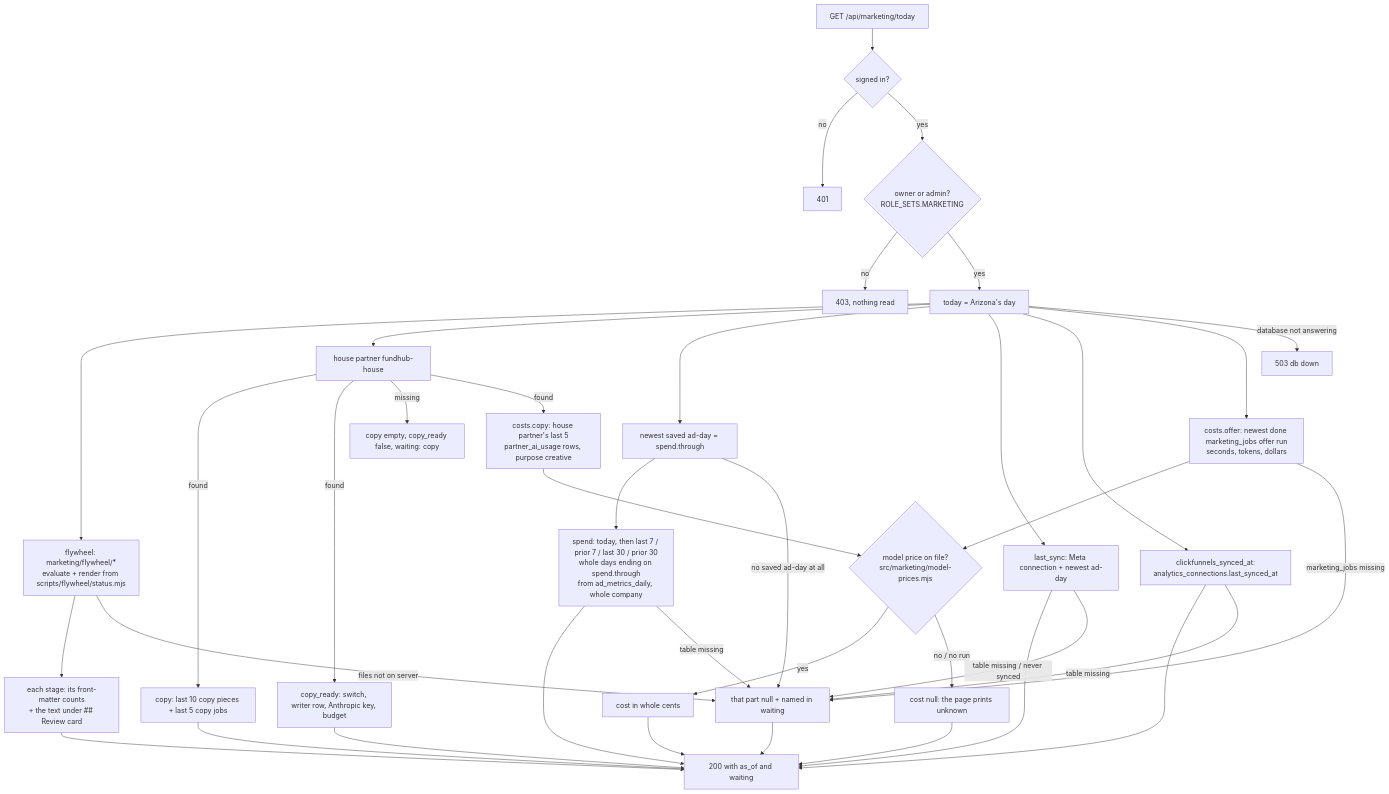
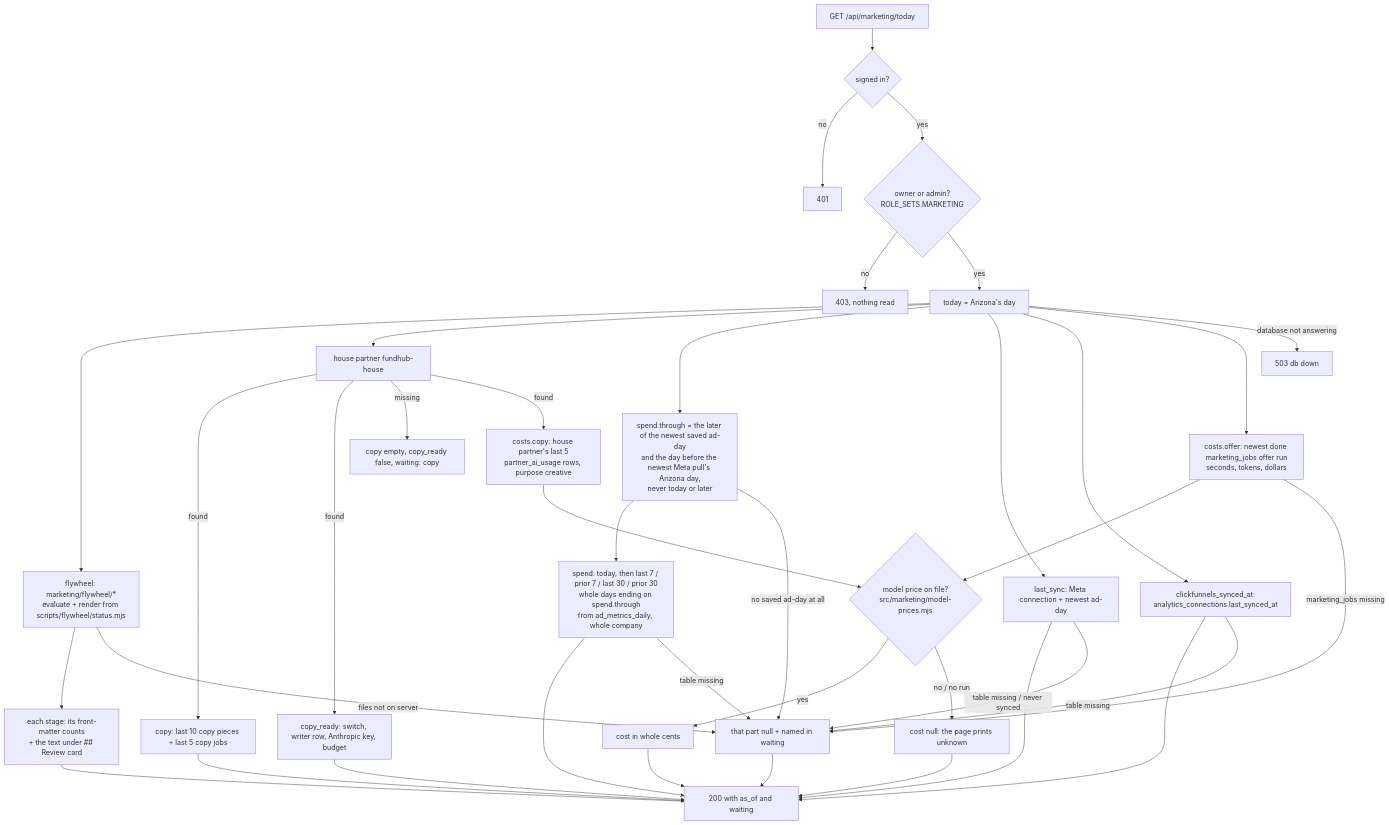
One commit to ZootimusMaximusSupreme/fundhub-platform changed the first of 3 diagrams in docs/journeys/marketing-dashboard-flow.md. Above: the diagram before and after it, drawn with Mermaid. The commit also changed other lines of this file and 8 other files, not shown here.

````diff
--- a/docs/journeys/marketing-dashboard-flow.md
+++ b/docs/journeys/marketing-dashboard-flow.md
@@ -21,32 +21,32 @@
 ```mermaid
 flowchart TD
   A[GET /api/marketing/today] --> B{signed in?}
   B -->|no| B1[401]
   B -->|yes| C{owner or admin?<br/>ROLE_SETS.MARKETING}
   C -->|no| C1[403, nothing read]
   C -->|yes| D[today = Arizona's day]
   D --> F[flywheel: marketing/flywheel/*<br/>evaluate + render from scripts/flywheel/status.mjs]
   D --> H[house partner fundhub-house]
   H -->|found| H1[copy: last 10 copy pieces + last 5 copy jobs]
   H -->|found| H2[copy_ready: switch, writer row, Anthropic key, budget]
   H -->|missing| H3[copy empty, copy_ready false, waiting: copy]
   F --> F2[each stage: its front-matter counts<br/>+ the text under ## Review card]
-  D --> S0[newest saved ad-day = spend.through]
+  D --> S0[spend.through = the later of the newest saved ad-day<br/>and the day before the newest Meta pull's Arizona day,<br/>never today or later]
   S0 --> S[spend: today, then last 7 / prior 7 / last 30 / prior 30<br/>whole days ending on spend.through<br/>from ad_metrics_daily, whole company]
   D --> L[last_sync: Meta connection + newest ad-day]
   D --> CF[clickfunnels_synced_at:<br/>analytics_connections.last_synced_at]
   D --> CO[costs.offer: newest done marketing_jobs offer run<br/>seconds, tokens, dollars]
   H -->|found| CC[costs.copy: house partner's last 5<br/>partner_ai_usage rows, purpose creative]
   CO & CC --> PR{model price on file?<br/>src/marketing/model-prices.mjs}
   PR -->|yes| PR1[cost in whole cents]
   PR -->|no / no run| PR2[cost null: the page prints unknown]
   F2 & H1 & H2 & S & L & CF & PR1 & PR2 --> Z[200 with as_of and waiting]
   F -->|files not on server| W[that part null + named in waiting]
   S0 -->|no saved ad-day at all| W
   S -->|table missing| W
   L -->|table missing / never synced| W
   CF -->|table missing| W
   CO -->|marketing_jobs missing| W
   W --> Z
   D -->|database not answering| E[503 db down]
 ```
````
